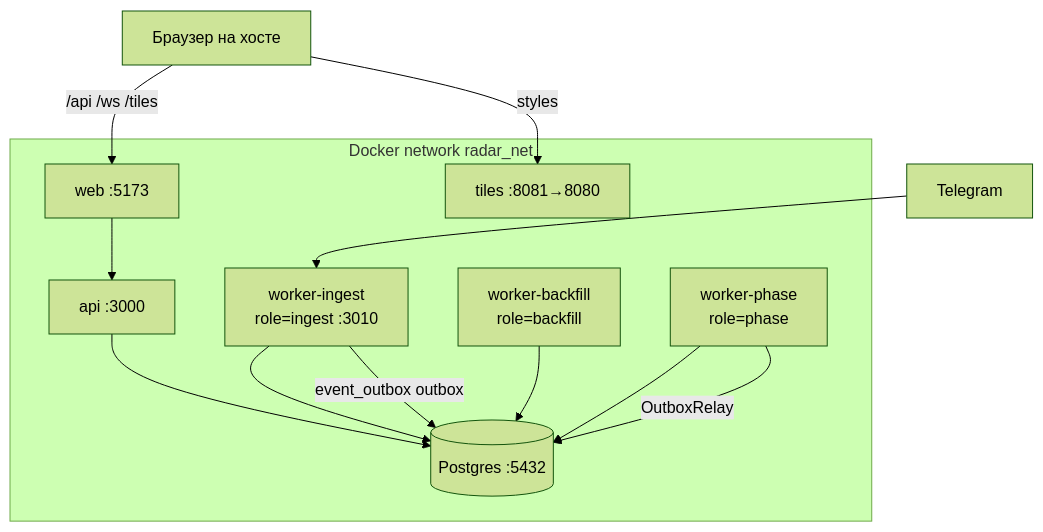
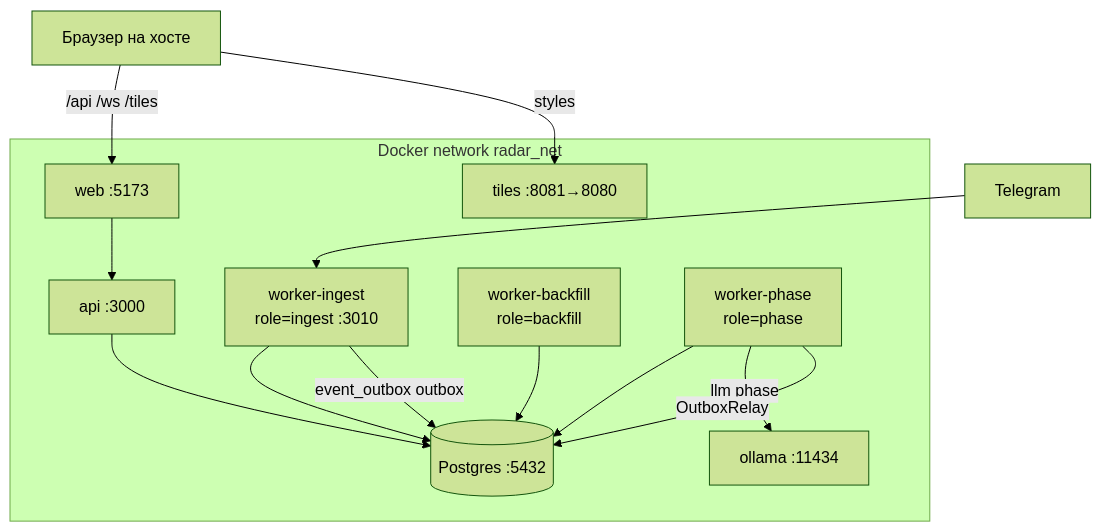
The diagram in docs/docker-dev-stack.md (exclusiveLogin/radar), drawn with Mermaid (forest theme) before and after one commit. The commit also changed other lines of this file and 54 other files, not shown here.

````diff
--- a/docs/docker-dev-stack.md
+++ b/docs/docker-dev-stack.md
@@ -32,25 +34,27 @@
 ```mermaid
 flowchart TB
   subgraph docker [Docker network radar_net]
     DB[(Postgres :5432)]
     API[api :3000]
     WEB[web :5173]
     WI[worker-ingest\nrole=ingest :3010]
     WB[worker-backfill\nrole=backfill]
     WP[worker-phase\nrole=phase]
     TS[tiles :8081→8080]
+    OL[ollama :11434]
   end
   Browser[Браузер на хосте]
   TG[Telegram]
 
   Browser -->|/api /ws /tiles| WEB
   WEB --> API
   WI --> DB
   WB --> DB
   WP --> DB
+  WP -->|llm phase| OL
   API --> DB
   TG --> WI
   WI -->|event_outbox outbox| DB
   WP -->|OutboxRelay| DB
   Browser -->|styles| TS
 ```
````
